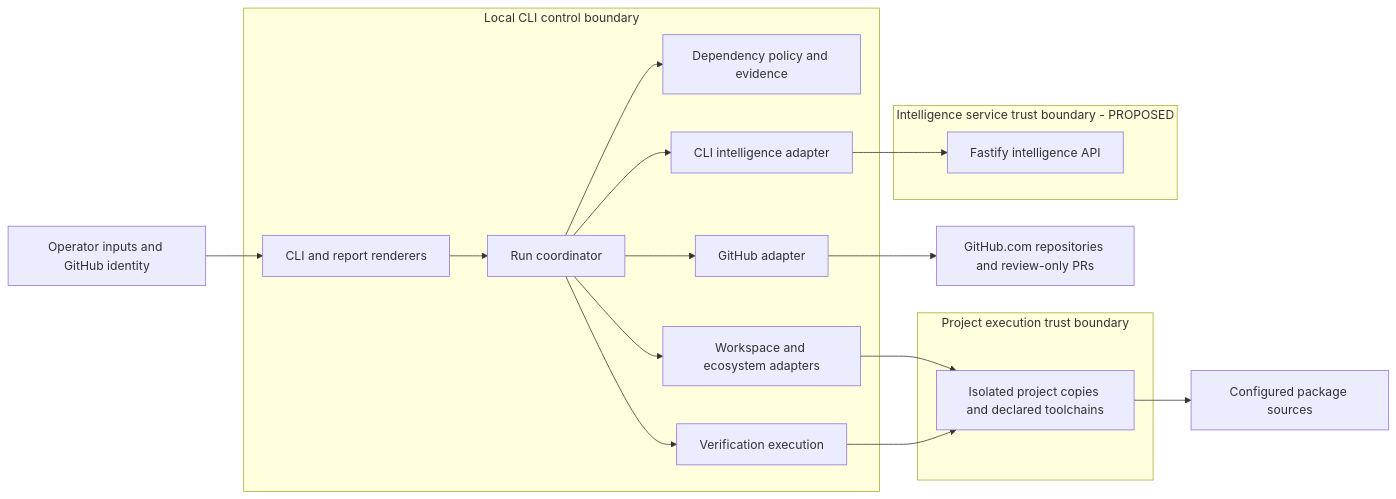
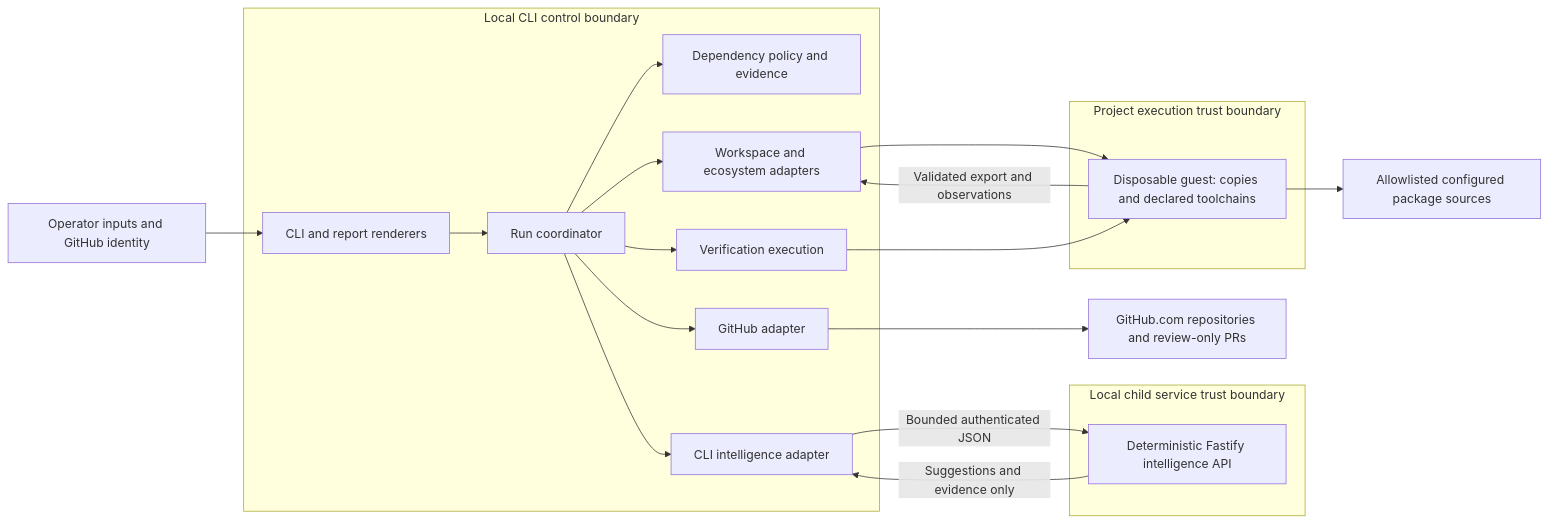
Before and after one commit to jmanico/trim-reaper: the diagram in ARCHITECTURE.md, drawn with Mermaid. The commit also changed other lines of this file and 19 other files, not shown here.

````diff
--- a/ARCHITECTURE.md
+++ b/ARCHITECTURE.md
@@ -59,23 +56,25 @@
 ```mermaid
 flowchart LR
     Operator[Operator inputs and GitHub identity] --> CLI
     subgraph Local[Local CLI control boundary]
         CLI[CLI and report renderers] --> Run[Run coordinator]
         Run --> Core[Dependency policy and evidence]
         Run --> Work[Workspace and ecosystem adapters]
         Run --> Verify[Verification execution]
         Run --> GH[GitHub adapter]
         Run --> Intel[CLI intelligence adapter]
     end
     subgraph Execution[Project execution trust boundary]
-        Project[Isolated project copies and declared toolchains]
+        Project[Disposable guest: copies and declared toolchains]
     end
     Work --> Project
     Verify --> Project
-    Project --> Sources[Configured package sources]
+    Project --> Sources[Allowlisted configured package sources]
     GH --> GitHub[GitHub.com repositories and review-only PRs]
-    subgraph Service[Intelligence service trust boundary - PROPOSED]
-        API[Fastify intelligence API]
+    subgraph Service[Local child service trust boundary]
+        API[Deterministic Fastify intelligence API]
     end
-    Intel --> API
+    Intel -->|Bounded authenticated JSON| API
+    API -->|Suggestions and evidence only| Intel
+    Project -->|Validated export and observations| Work
 ```
````
